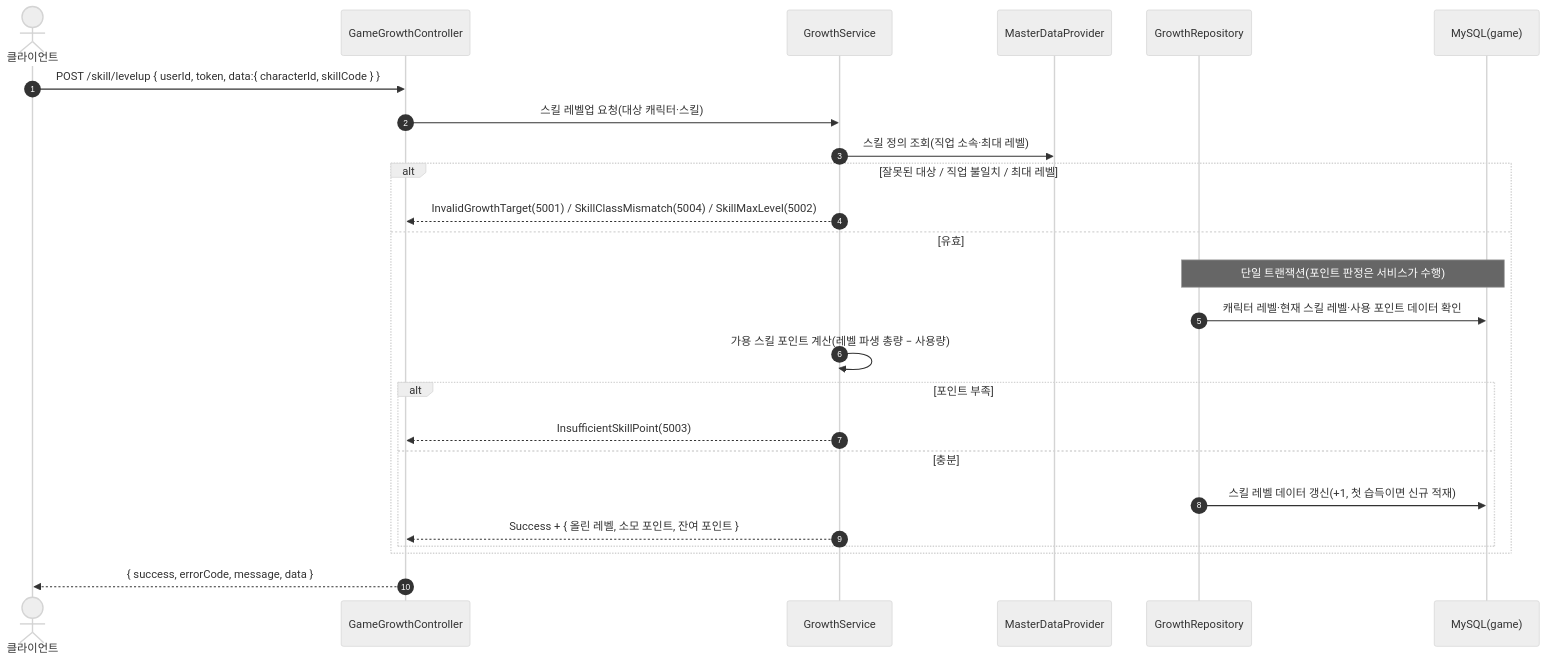
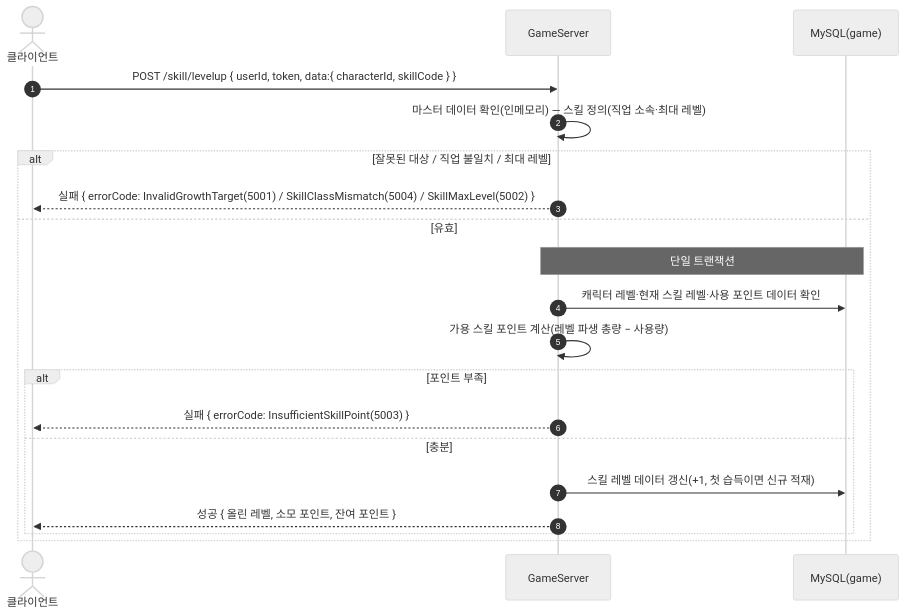
The first of 4 diagrams in SequenceDiagram/GameGrowthController.md (ks-wook/com2us-taskbar-hero), drawn with Mermaid (neutral theme) before and after one commit. The commit also changed other lines of this file and 8 other files, not shown here.

Commit message:
시퀀스 다이어그램 수정

````diff
--- a/SequenceDiagram/GameGrowthController.md
+++ b/SequenceDiagram/GameGrowthController.md
@@ -11,28 +11,23 @@
 ```mermaid
 sequenceDiagram
     autonumber
     actor C as 클라이언트
-    participant Ctrl as GameGrowthController
-    participant Svc as GrowthService
-    participant MD as MasterDataProvider
-    participant Repo as GrowthRepository
+    participant S as GameServer
     participant DB as MySQL(game)
 
-    C->>Ctrl: POST /skill/levelup { userId, token, data:{ characterId, skillCode } }
-    Ctrl->>Svc: 스킬 레벨업 요청(대상 캐릭터·스킬)
-    Svc->>MD: 스킬 정의 조회(직업 소속·최대 레벨)
+    C->>S: POST /skill/levelup { userId, token, data:{ characterId, skillCode } }
+    S->>S: 마스터 데이터 확인(인메모리) — 스킬 정의(직업 소속·최대 레벨)
     alt 잘못된 대상 / 직업 불일치 / 최대 레벨
-        Svc-->>Ctrl: InvalidGrowthTarget(5001) / SkillClassMismatch(5004) / SkillMaxLevel(5002)
+        S-->>C: 실패 { errorCode: InvalidGrowthTarget(5001) / SkillClassMismatch(5004) / SkillMaxLevel(5002) }
     else 유효
-        Note over Repo,DB: 단일 트랜잭션(포인트 판정은 서비스가 수행)
-        Repo->>DB: 캐릭터 레벨·현재 스킬 레벨·사용 포인트 데이터 확인
-        Svc->>Svc: 가용 스킬 포인트 계산(레벨 파생 총량 − 사용량)
+        Note over S,DB: 단일 트랜잭션
+        S->>DB: 캐릭터 레벨·현재 스킬 레벨·사용 포인트 데이터 확인
+        S->>S: 가용 스킬 포인트 계산(레벨 파생 총량 − 사용량)
         alt 포인트 부족
-            Svc-->>Ctrl: InsufficientSkillPoint(5003)
+            S-->>C: 실패 { errorCode: InsufficientSkillPoint(5003) }
         else 충분
-            Repo->>DB: 스킬 레벨 데이터 갱신(+1, 첫 습득이면 신규 적재)
-            Svc-->>Ctrl: Success + { 올린 레벨, 소모 포인트, 잔여 포인트 }
+            S->>DB: 스킬 레벨 데이터 갱신(+1, 첫 습득이면 신규 적재)
+            S-->>C: 성공 { 올린 레벨, 소모 포인트, 잔여 포인트 }
         end
     end
-    Ctrl-->>C: { success, errorCode, message, data }
 ```
````
